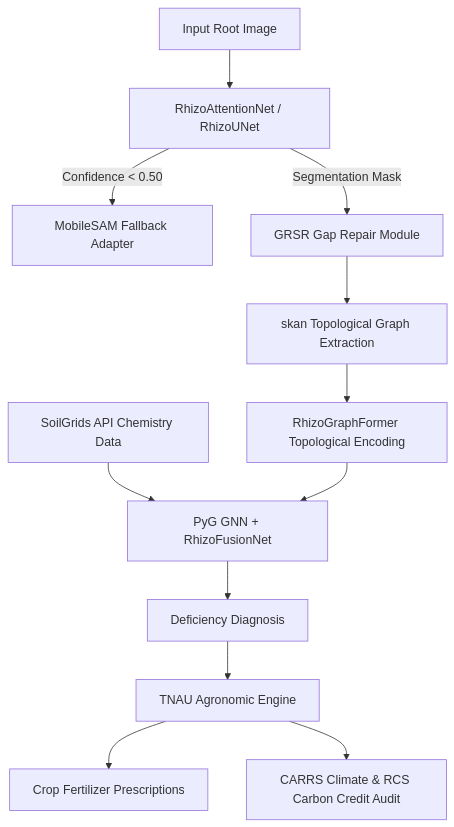
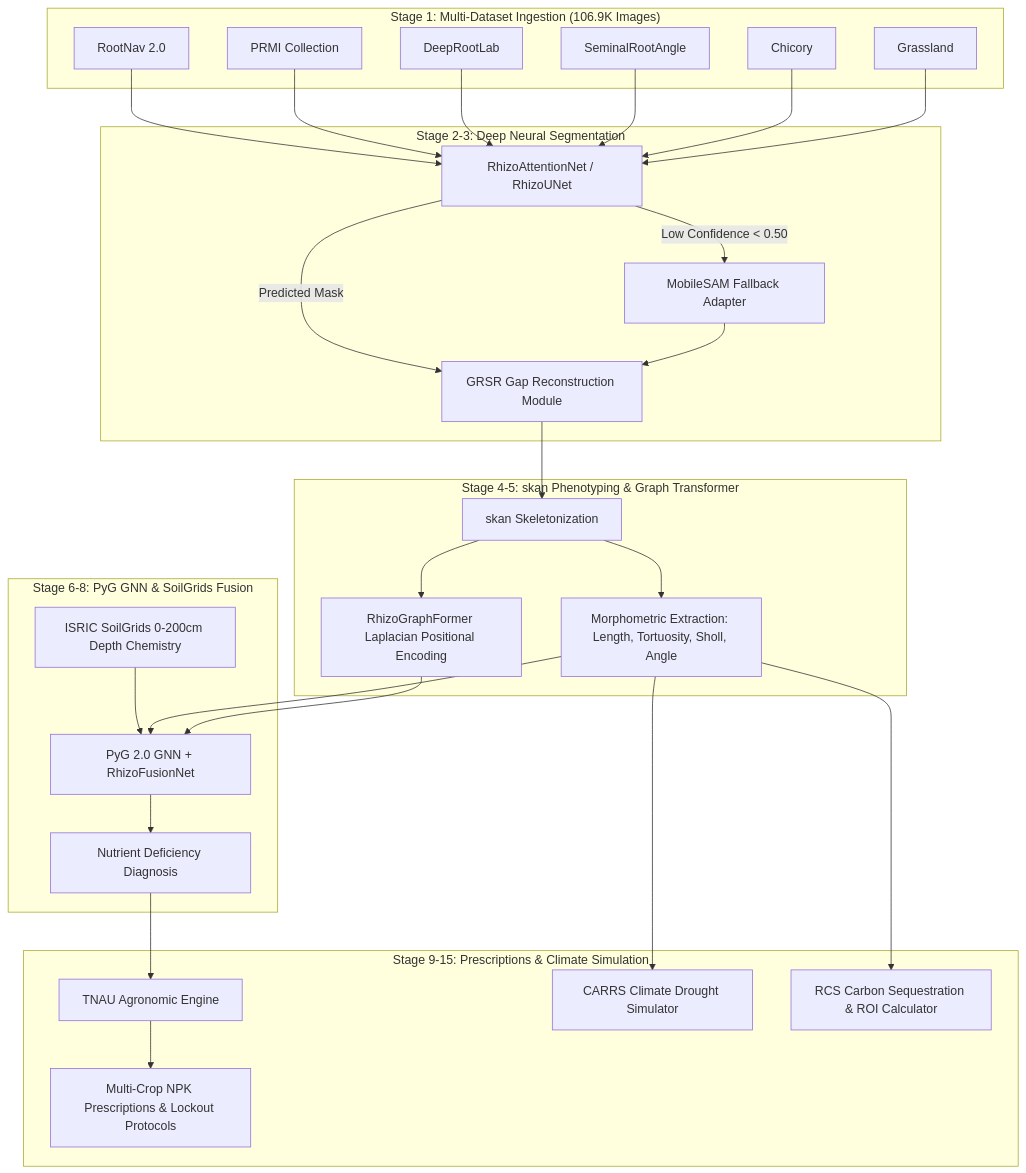
One commit to Runtime-Slayers/RhizoWhisperer changed the diagram in README.md. Above: the diagram before and after it, drawn with Mermaid. The commit also changed other lines of this file and 52 other files, not shown here.

````diff
--- a/README.md
+++ b/README.md
@@ -40,16 +49,32 @@
 ```mermaid
 flowchart TD
-    A[Input Root Image] --> B[RhizoAttentionNet / RhizoUNet]
-    B -->|Confidence < 0.50| C[MobileSAM Fallback Adapter]
-    B -->|Segmentation Mask| D[GRSR Gap Repair Module]
-    D --> E[skan Topological Graph Extraction]
-    E --> F[RhizoGraphFormer Topological Encoding]
-    
-    G[SoilGrids API Chemistry Data] --> H[PyG GNN + RhizoFusionNet]
-    F --> H
-    
-    H --> I[Deficiency Diagnosis]
-    I --> J[TNAU Agronomic Engine]
-    J --> K[Crop Fertilizer Prescriptions]
-    J --> L[CARRS Climate & RCS Carbon Credit Audit]
+    subgraph DataIngestion ["Stage 1: Multi-Dataset Ingestion (106.9K Images)"]
+        D1[RootNav 2.0] & D2[PRMI Collection] & D3[DeepRootLab] & D4[SeminalRootAngle] & D5[Chicory] & D6[Grassland]
+    end
+
+    subgraph CoreSegmentation ["Stage 2-3: Deep Neural Segmentation"]
+        D1 & D2 & D3 & D4 & D5 & D6 --> M[RhizoAttentionNet / RhizoUNet]
+        M -->|Low Confidence < 0.50| SAM[MobileSAM Fallback Adapter]
+        M -->|Predicted Mask| GRSR[GRSR Gap Reconstruction Module]
+        SAM --> GRSR
+    end
+
+    subgraph TopologyExtract ["Stage 4-5: skan Phenotyping & Graph Transformer"]
+        GRSR --> SKEL[skan Skeletonization]
+        SKEL --> FEAT[Morphometric Extraction: Length, Tortuosity, Sholl, Angle]
+        SKEL --> RGF[RhizoGraphFormer Laplacian Positional Encoding]
+    end
+
+    subgraph MultiModalFusion ["Stage 6-8: PyG GNN & SoilGrids Fusion"]
+        SG[ISRIC SoilGrids 0-200cm Depth Chemistry] --> FUSION[PyG 2.0 GNN + RhizoFusionNet]
+        FEAT & RGF --> FUSION
+        FUSION --> DIAG[Nutrient Deficiency Diagnosis]
+    end
+
+    subgraph AgronomicClimate ["Stage 9-15: Prescriptions & Climate Simulation"]
+        DIAG --> TNAU[TNAU Agronomic Engine]
+        TNAU --> PRES[Multi-Crop NPK Prescriptions & Lockout Protocols]
+        FEAT --> CARRS[CARRS Climate Drought Simulator]
+        FEAT --> RCS[RCS Carbon Sequestration & ROI Calculator]
+    end
 ```
````
